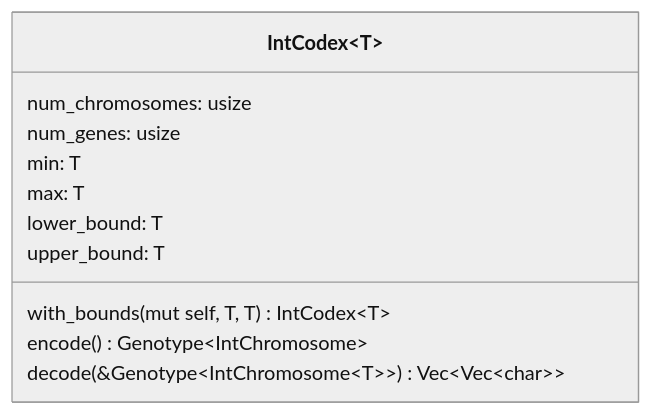
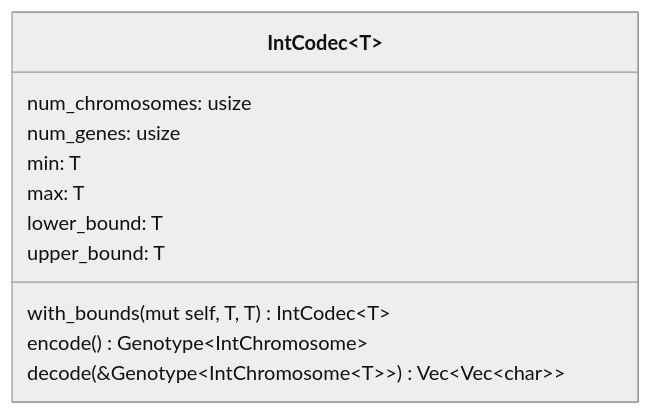
One commit to pkalivas/radiate changed the fourth of 6 diagrams in docs/source/codex.md. Above: the diagram before and after it, drawn with Mermaid (neutral theme). The commit also changed other lines of this file and 58 other files, not shown here.

````diff
--- a/docs/source/codex.md
+++ b/docs/source/codex.md
@@ -114,15 +107,15 @@
         ```mermaid
         classDiagram
-            class IntCodex~T~ {
+            class IntCodec~T~ {
                 num_chromosomes: usize
                 num_genes: usize
                 min: T
                 max: T
                 lower_bound: T
                 upper_bound: T
                 
-                with_bounds(mut self, T, T) IntCodex~T~
+                with_bounds(mut self, T, T) IntCodec~T~
                 encode() Genotype~IntChromosome~
                 decode(&Genotype~IntChromosome~T~~) Vec~Vec~char~~
             }
         ```
````
